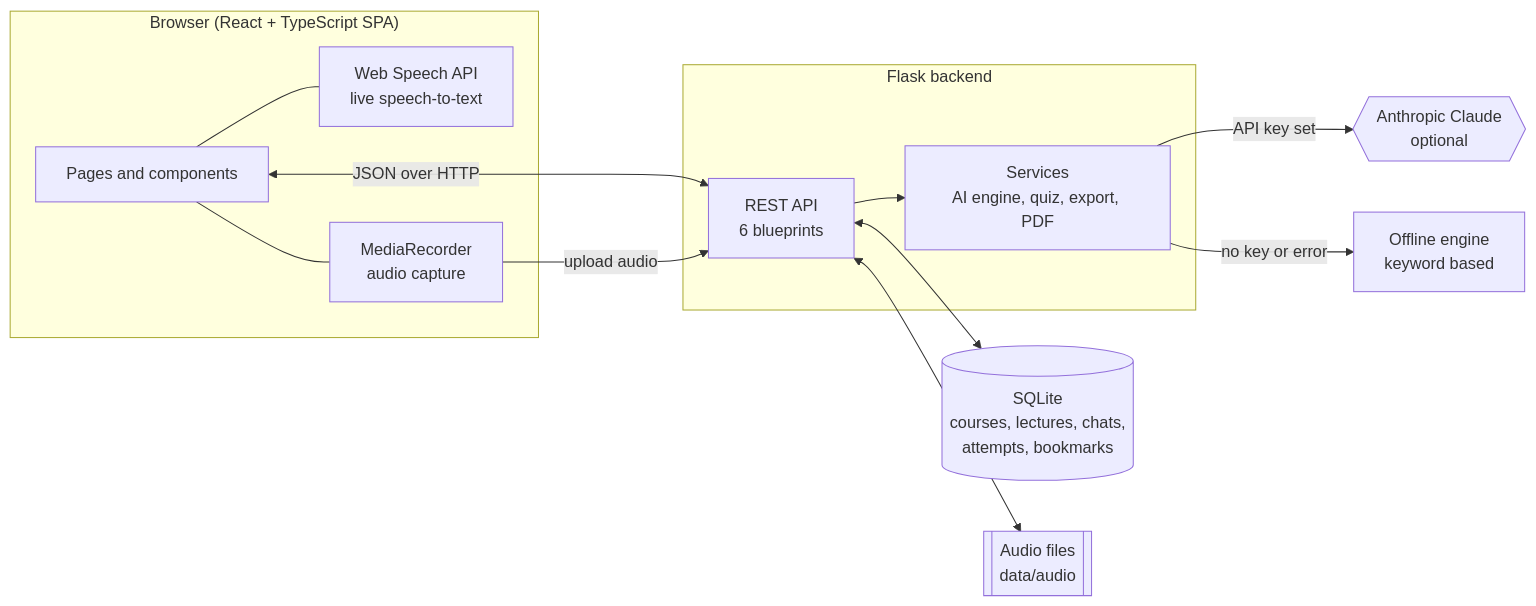
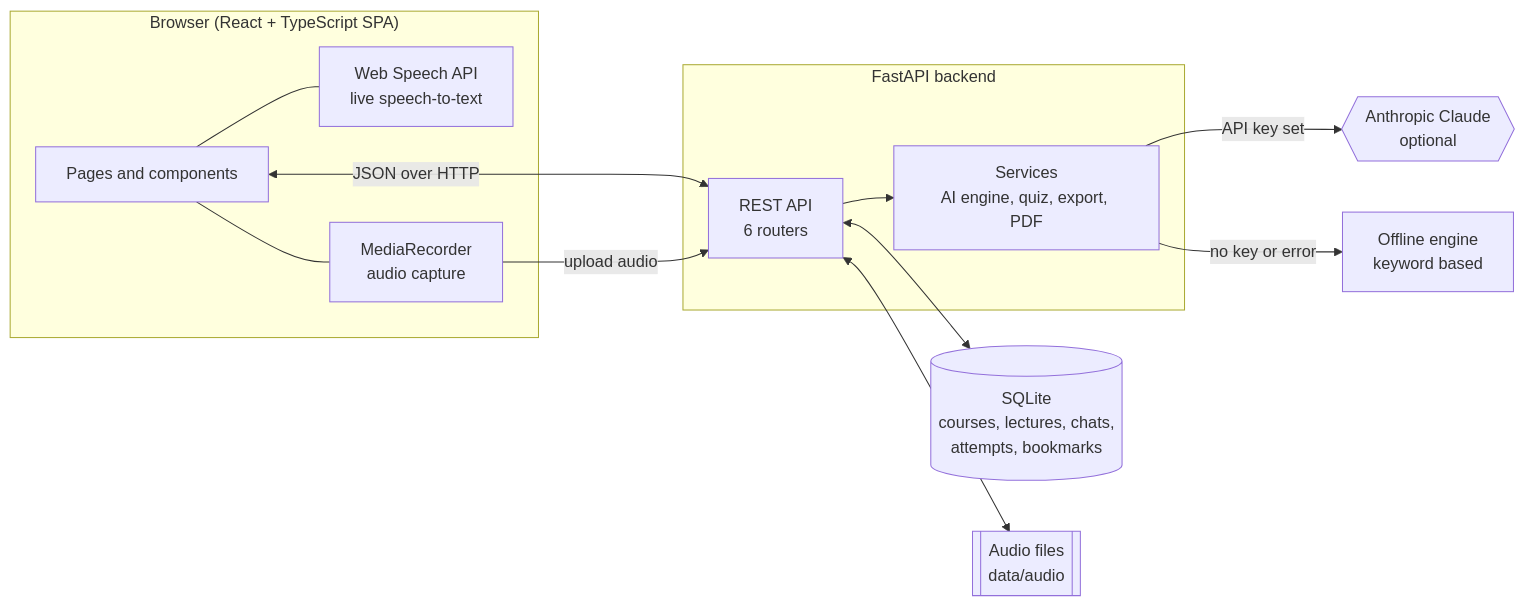
Before and after one commit to Kaifkhurshid7/classmind-ai: the first of 9 diagrams in README.md, drawn with Mermaid. The commit also changed other lines of this file and 5 other files, not shown here.

Commit message:
feat: migrate backend from Flask to FastAPI; update Dockerfile, Makefile, README, and tests; add PostgreSQL support in docker-compose

````diff
--- a/README.md
+++ b/README.md
@@ -97,28 +97,28 @@
 ```mermaid
 flowchart LR
     subgraph Browser["Browser (React + TypeScript SPA)"]
         UI["Pages and components"]
         SR["Web Speech API<br/>live speech-to-text"]
         MR["MediaRecorder<br/>audio capture"]
         UI --- SR
         UI --- MR
     end
 
-    subgraph Server["Flask backend"]
-        API["REST API<br/>6 blueprints"]
+    subgraph Server["FastAPI backend"]
+        API["REST API<br/>6 routers"]
         SVC["Services<br/>AI engine, quiz, export, PDF"]
         API --> SVC
     end
 
     DB[("SQLite<br/>courses, lectures, chats,<br/>attempts, bookmarks")]
     FS[["Audio files<br/>data/audio"]]
     CLAUDE{{"Anthropic Claude<br/>optional"}}
     OFFLINE["Offline engine<br/>keyword based"]
 
     UI <-->|"JSON over HTTP"| API
     MR -->|"upload audio"| API
     API <--> DB
     API <--> FS
     SVC -->|"API key set"| CLAUDE
     SVC -->|"no key or error"| OFFLINE
 ```
````
